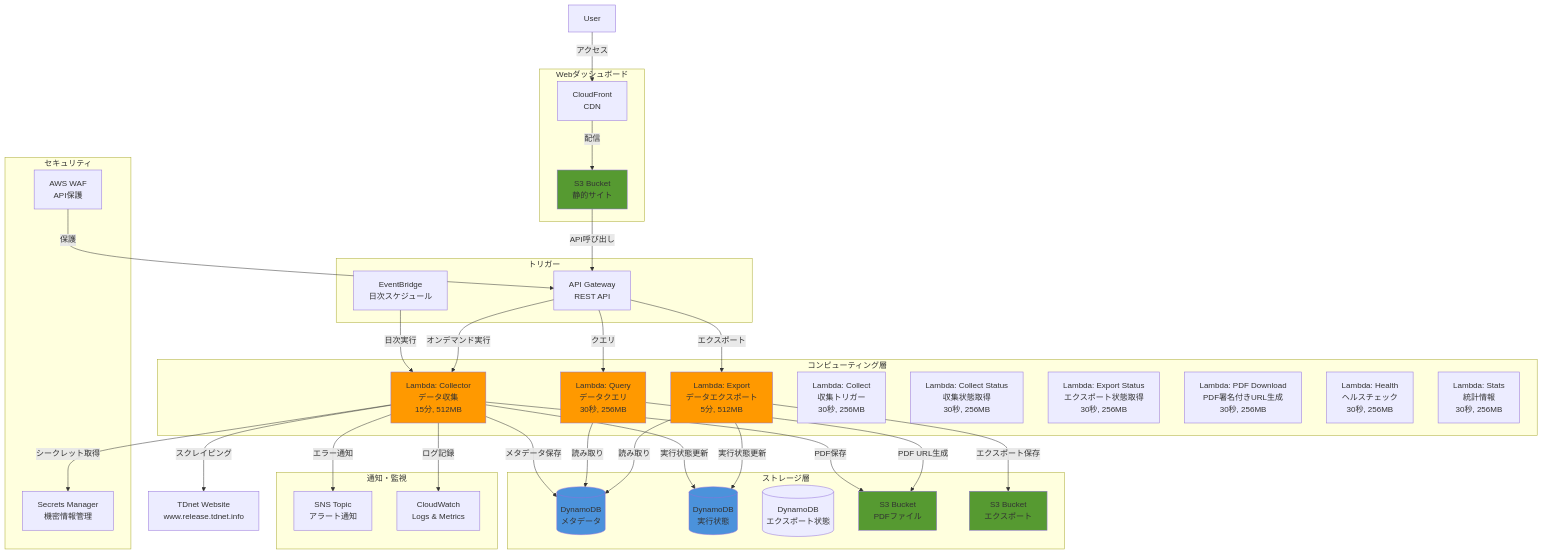
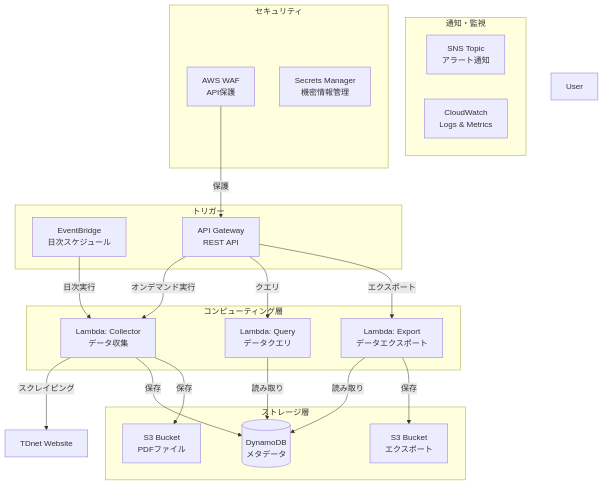
One commit to TakahiroImanishi/tdnet-data-collector changed the diagram in .kiro/specs/tdnet-data-collector/docs/01-requirements/design.md. Above: the diagram before and after it, drawn with Mermaid. The commit also changed other lines of this file and 39 other files, not shown here.

````diff
--- a/.kiro/specs/tdnet-data-collector/docs/01-requirements/design.md
+++ b/.kiro/specs/tdnet-data-collector/docs/01-requirements/design.md
@@ -43,32 +30,13 @@
     end
     
     subgraph "コンピューティング層"
-        LC[Lambda: Collector<br/>データ収集<br/>15分, 512MB]
-        LQ[Lambda: Query<br/>データクエリ<br/>30秒, 256MB]
-        LE[Lambda: Export<br/>データエクスポート<br/>5分, 512MB]
-        LCT[Lambda: Collect<br/>収集トリガー<br/>30秒, 256MB]
-        LCS[Lambda: Collect Status<br/>収集状態取得<br/>30秒, 256MB]
-        LES[Lambda: Export Status<br/>エクスポート状態取得<br/>30秒, 256MB]
-        LPD[Lambda: PDF Download<br/>PDF署名付きURL生成<br/>30秒, 256MB]
-        LH[Lambda: Health<br/>ヘルスチェック<br/>30秒, 256MB]
-        LST[Lambda: Stats<br/>統計情報<br/>30秒, 256MB]
+        LC[Lambda: Collector<br/>データ収集]
+        LQ[Lambda: Query<br/>データクエリ]
+        LE[Lambda: Export<br/>データエクスポート]
     end
-    
-    %% 注: 実装では9個のLambda関数が存在
-    %% 1. Collector: データ収集（TDnetスクレイピング、PDF保存）
-    %% 2. Query: データクエリ（DynamoDB検索、CSV/JSON変換）
-    %% 3. Export: データエクスポート（大量データの非同期エクスポート）
-    %% 4. Collect: 収集トリガー（POST /collect エンドポイント）
-    %% 5. Collect Status: 収集状態取得（GET /collect/{execution_id} エンドポイント）
-    %% 6. Export Status: エクスポート状態取得（GET /exports/{export_id} エンドポイント）
-    %% 7. PDF Download: PDF署名付きURL生成（GET /disclosures/{disclosure_id}/pdf エンドポイント）
-    %% 8. Health: ヘルスチェック（GET /health エンドポイント）
-    %% 9. Stats: 統計情報（GET /stats エンドポイント）
     
     subgraph "ストレージ層"
         DDB[(DynamoDB<br/>メタデータ)]
-        DDBEX[(DynamoDB<br/>実行状態)]
-        DDBEXP[(DynamoDB<br/>エクスポート状態)]
         S3P[S3 Bucket<br/>PDFファイル]
         S3E[S3 Bucket<br/>エクスポート]
     end
@@ -78,17 +46,12 @@
         CW[CloudWatch<br/>Logs & Metrics]
     end
     
-    subgraph "Webダッシュボード"
-        S3W[S3 Bucket<br/>静的サイト]
-        CF[CloudFront<br/>CDN]
-    end
-    
     subgraph "セキュリティ"
         WAF[AWS WAF<br/>API保護]
         SM[Secrets Manager<br/>機密情報管理]
     end
     
-    TDNET[TDnet Website<br/>www.release.tdnet.info]
+    TDNET[TDnet Website]
     USER[User]
     
     EB -->|日次実行| LC
@@ -97,32 +60,10 @@
     API -->|エクスポート| LE
     
     WAF -->|保護| API
-    
     LC -->|スクレイピング| TDNET
-    LC -->|メタデータ保存| DDB
-    LC -->|実行状態更新| DDBEX
-    LC -->|PDF保存| S3P
-    LC -->|エラー通知| SNS
-    LC -->|ログ記録| CW
-    LC -->|シークレット取得| SM
-    
+    LC -->|保存| DDB
+    LC -->|保存| S3P
     LQ -->|読み取り| DDB
-    LQ -->|PDF URL生成| S3P
-    
     LE -->|読み取り| DDB
-    LE -->|エクスポート保存| S3E
-    LE -->|実行状態更新| DDBEX
-    
-    USER -->|アクセス| CF
-    CF -->|配信| S3W
-    S3W -->|API呼び出し| API
-    
-    style LC fill:#FF9900
-    style LQ fill:#FF9900
-    style LE fill:#FF9900
-    style DDB fill:#4B92DB
-    style DDBEX fill:#4B92DB
-    style S3P fill:#569A31
-    style S3E fill:#569A31
-    style S3W fill:#569A31
+    LE -->|保存| S3E
 ```
````
